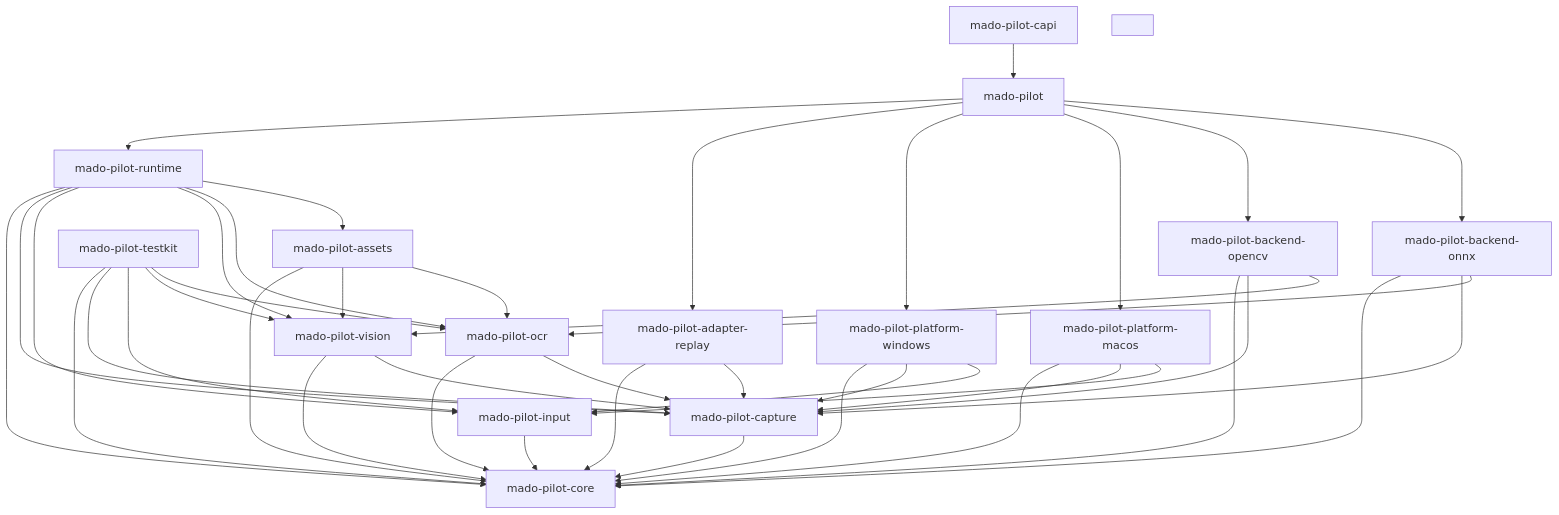
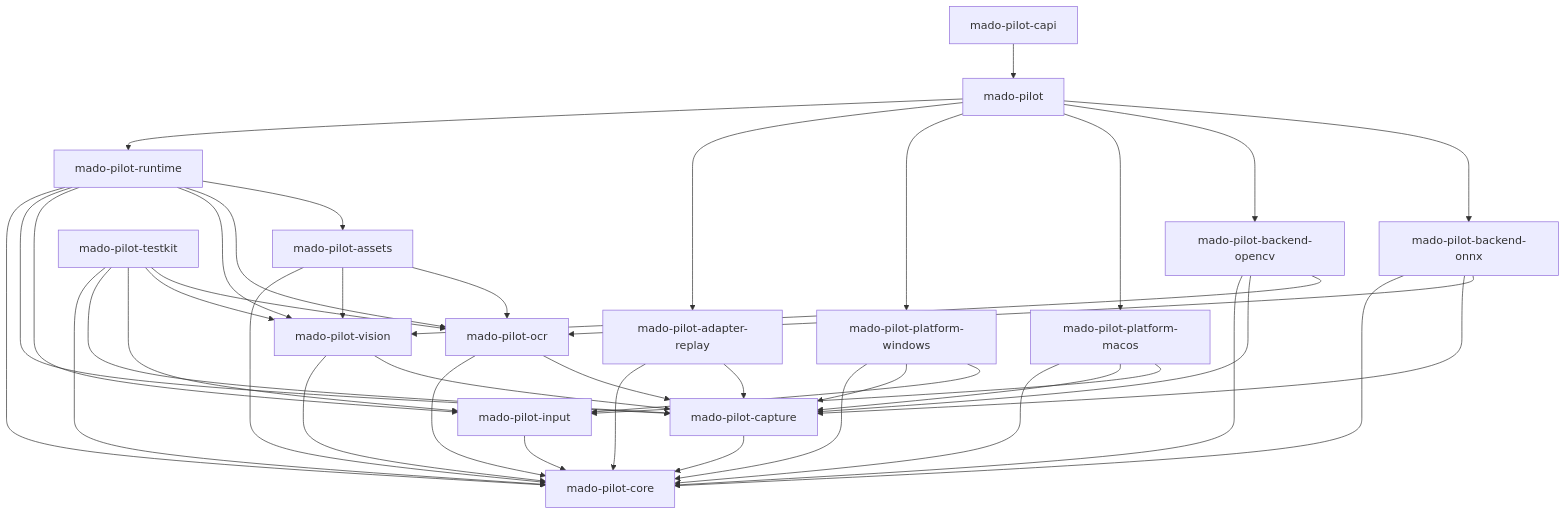
Before and after one commit to pashifika/mado-pilot: the first of 2 diagrams in docs/architecture.md, drawn with Mermaid. The commit also changed other lines of this file and 7 other files, not shown here.

Commit message:
docs: restore Mermaid graph edge and deep section cross-references

````diff
--- a/docs/architecture.md
+++ b/docs/architecture.md
@@ -217,64 +217,63 @@
 ```mermaid
 graph TD
     Core[mado-pilot-core]
     Capture[mado-pilot-capture]
     Input[mado-pilot-input]
     Vision[mado-pilot-vision]
     OCR[mado-pilot-ocr]
     Assets[mado-pilot-assets]
     Runtime[mado-pilot-runtime]
     Replay[mado-pilot-adapter-replay]
     Win[mado-pilot-platform-windows]
     Mac[mado-pilot-platform-macos]
     OpenCV[mado-pilot-backend-opencv]
     ONNX[mado-pilot-backend-onnx]
     Facade[mado-pilot]
     CAPI[mado-pilot-capi]
     Testkit[mado-pilot-testkit]
 
     Capture --> Core
     Input --> Core
     Vision --> Core
     Vision --> Capture
     OCR --> Core
     OCR --> Capture
     Assets --> Core
     Assets --> Vision
     Assets --> OCR
     Runtime --> Core
     Runtime --> Capture
     Runtime --> Input
     Runtime --> Vision
-    OCR_R[ ]
     Runtime --> OCR
     Runtime --> Assets
 
     Replay --> Core
     Replay --> Capture
     Win --> Core
     Win --> Capture
     Win --> Input
     Mac --> Core
     Mac --> Capture
     Mac --> Input
     OpenCV --> Core
     OpenCV --> Capture
     OpenCV --> Vision
     ONNX --> Core
     ONNX --> Capture
     ONNX --> OCR
 
     Facade --> Runtime
     Facade --> Replay
     Facade --> Win
     Facade --> Mac
     Facade --> OpenCV
     Facade --> ONNX
     CAPI --> Facade
 
     Testkit --> Core
     Testkit --> Capture
     Testkit --> Input
     Testkit --> Vision
     Testkit --> OCR
 ```
````
